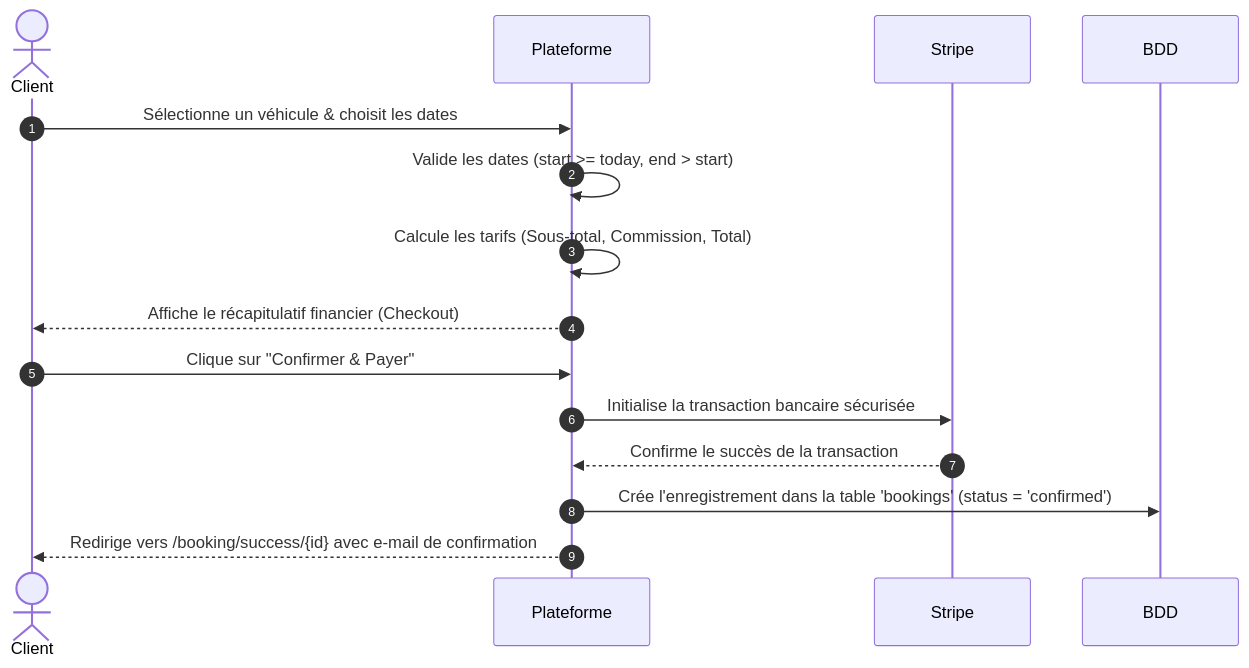
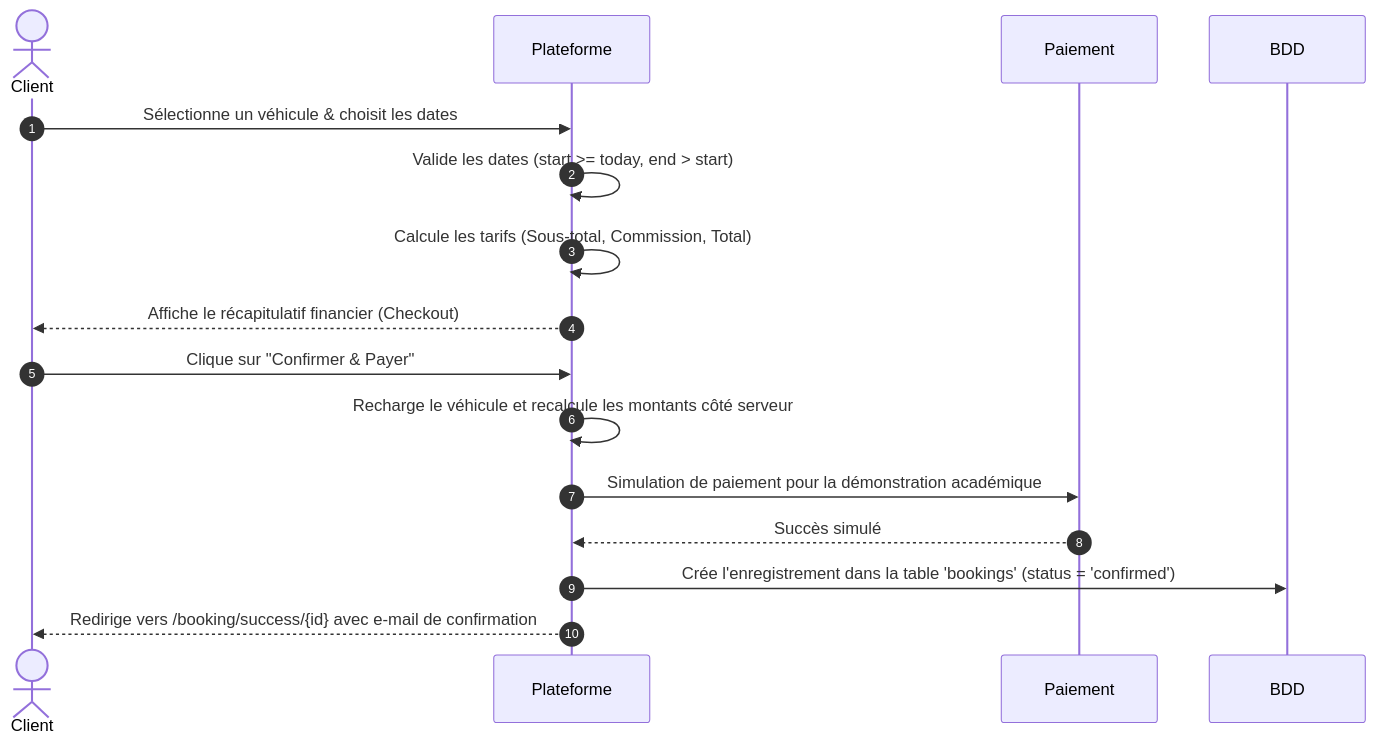
The diagram in DOCUMENTATION.md (Fadlianas/drivado-codebase-v2), drawn with Mermaid before and after one commit. The commit also changed other lines of this file and 1 other file, not shown here.

````diff
--- a/DOCUMENTATION.md
+++ b/DOCUMENTATION.md
@@ -228,18 +231,19 @@
 ```mermaid
 sequenceDiagram
     autonumber
     actor Client
     participant Plateforme
-    participant Stripe
+    participant Paiement
     participant BDD
 
     Client->>Plateforme: Sélectionne un véhicule & choisit les dates
     Plateforme->>Plateforme: Valide les dates (start >= today, end > start)
     Plateforme->>Plateforme: Calcule les tarifs (Sous-total, Commission, Total)
     Plateforme-->>Client: Affiche le récapitulatif financier (Checkout)
     Client->>Plateforme: Clique sur "Confirmer & Payer"
-    Plateforme->>Stripe: Initialise la transaction bancaire sécurisée
-    Stripe-->>Plateforme: Confirme le succès de la transaction
+    Plateforme->>Plateforme: Recharge le véhicule et recalcule les montants côté serveur
+    Plateforme->>Paiement: Simulation de paiement pour la démonstration académique
+    Paiement-->>Plateforme: Succès simulé
     Plateforme->>BDD: Crée l'enregistrement dans la table 'bookings' (status = 'confirmed')
     Plateforme-->>Client: Redirige vers /booking/success/{id} avec e-mail de confirmation
 ```
````
